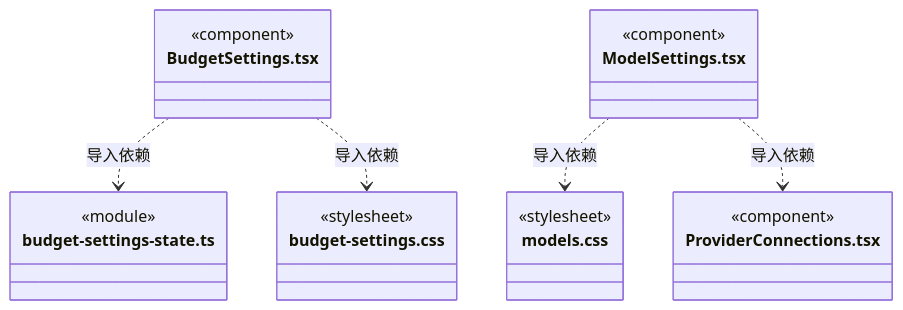
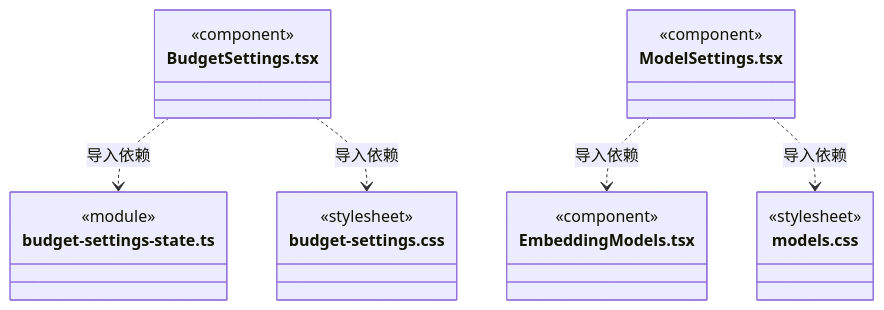
One commit to nan023062/cbim changed diagram 14 of 17 in src/view/settings/ARCHITECTURE.md. Above: the diagram before and after it, drawn with Mermaid. The commit also changed other lines of this file and 36 other files, not shown here.

Commit message:
feat(models): expose embedding setup and shared agent model roles

````diff
--- a/src/view/settings/ARCHITECTURE.md
+++ b/src/view/settings/ARCHITECTURE.md
@@ -200,25 +213,25 @@
 ```mermaid
 classDiagram
 class N_src_view_settings_BudgetSettings_tsx["BudgetSettings.tsx"] {
   <<component>>
 }
 class N_src_view_settings_budget_settings_state_ts["budget-settings-state.ts"] {
   <<module>>
 }
 class N_src_view_settings_budget_settings_css["budget-settings.css"] {
   <<stylesheet>>
 }
 class N_src_view_settings_ModelSettings_tsx["ModelSettings.tsx"] {
   <<component>>
 }
+class N_src_view_settings_EmbeddingModels_tsx["EmbeddingModels.tsx"] {
+  <<component>>
+}
 class N_src_view_settings_models_css["models.css"] {
   <<stylesheet>>
 }
-class N_src_view_settings_ProviderConnections_tsx["ProviderConnections.tsx"] {
-  <<component>>
-}
 N_src_view_settings_BudgetSettings_tsx ..> N_src_view_settings_budget_settings_state_ts : 导入依赖
 N_src_view_settings_BudgetSettings_tsx ..> N_src_view_settings_budget_settings_css : 导入依赖
+N_src_view_settings_ModelSettings_tsx ..> N_src_view_settings_EmbeddingModels_tsx : 导入依赖
 N_src_view_settings_ModelSettings_tsx ..> N_src_view_settings_models_css : 导入依赖
-N_src_view_settings_ModelSettings_tsx ..> N_src_view_settings_ProviderConnections_tsx : 导入依赖
 ```
````
